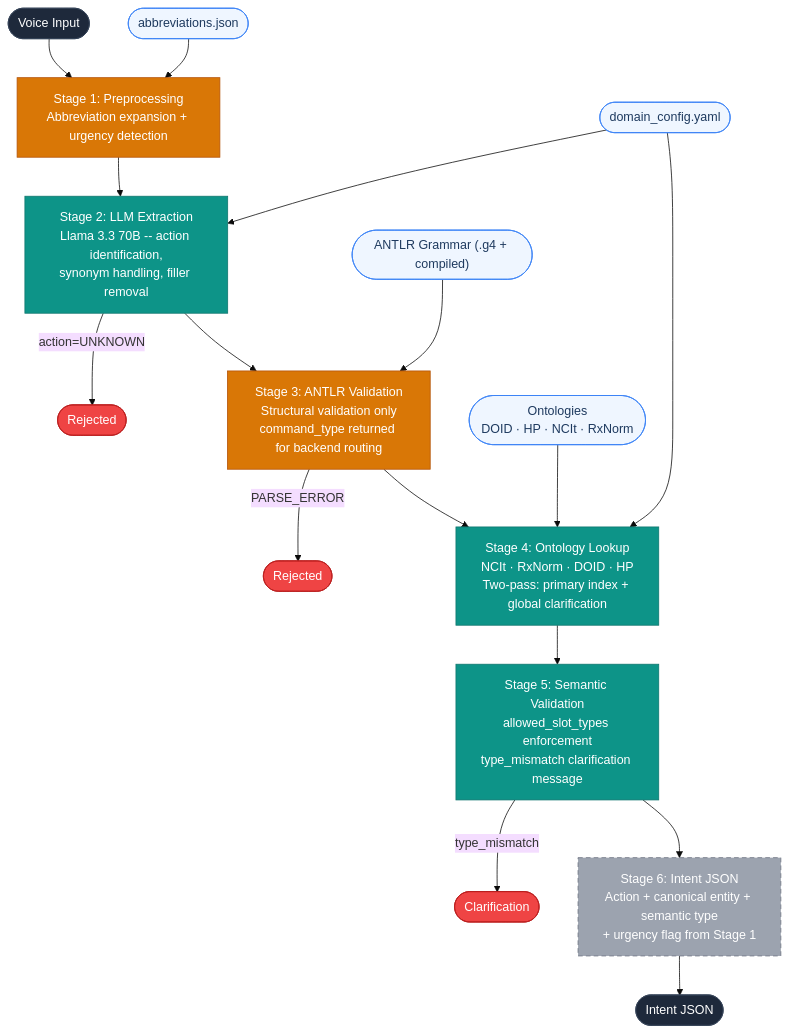
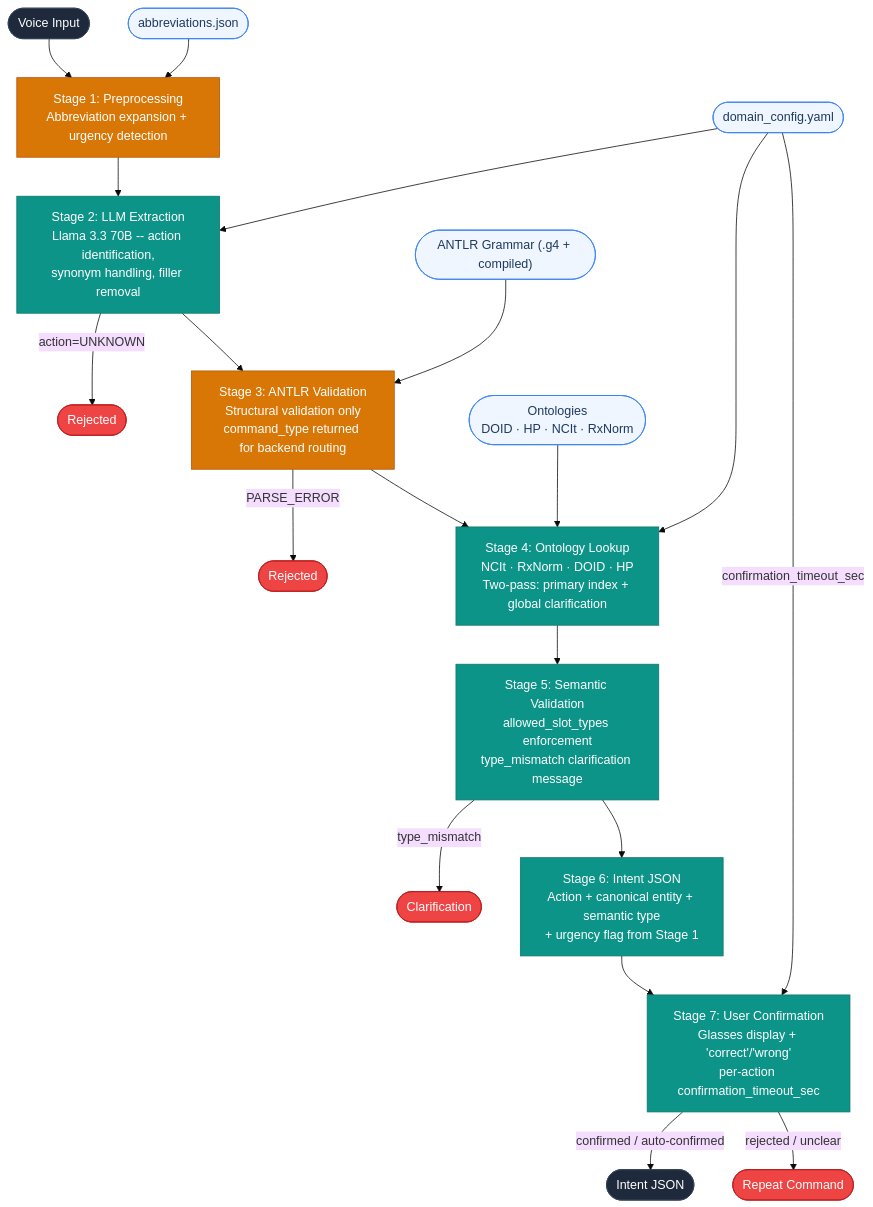
Before and after one commit to anushkajoshi909/medical-voice-intent-pipeline: the second of 2 diagrams in docs/pipeline_evolution.md, drawn with Mermaid (base theme). The commit also changed other lines of this file and 9 other files, not shown here.

Commit message:
Implement Stage 6 (intent JSON) and Stage 7 (user confirmation); add findings.md; fix DrugResult JSON serialization bug; remove eval-set contamination from few-shot examples

````diff
--- a/docs/pipeline_evolution.md
+++ b/docs/pipeline_evolution.md
@@ -34,34 +34,38 @@
 ```mermaid
 graph TD
     IN([Voice Input]):::src --> S1
 
     S1["Stage 1: Preprocessing\nAbbreviation expansion + urgency detection"]:::updated
     S2["Stage 2: LLM Extraction\nLlama 3.3 70B -- action identification,\nsynonym handling, filler removal"]:::new_stage
     S3["Stage 3: ANTLR Validation\nStructural validation only\ncommand_type returned for backend routing"]:::updated
     S4["Stage 4: Ontology Lookup\nNCIt · RxNorm · DOID · HP\nTwo-pass: primary index + global clarification"]:::new_stage
     S5["Stage 5: Semantic Validation\nallowed_slot_types enforcement\ntype_mismatch clarification message"]:::new_stage
-    S6["Stage 6: Intent JSON\nAction + canonical entity + semantic type\n+ urgency flag from Stage 1"]:::pending
+    S6["Stage 6: Intent JSON\nAction + canonical entity + semantic type\n+ urgency flag from Stage 1"]:::new_stage
+    S7["Stage 7: User Confirmation\nGlasses display + 'correct'/'wrong'\nper-action confirmation_timeout_sec"]:::new_stage
 
     S1 --> S2
     S2 -->|action=UNKNOWN| R1([Rejected]):::rej
     S2 --> S3
     S3 -->|PARSE_ERROR| R2([Rejected]):::rej
     S3 --> S4
     S4 --> S5
     S5 -->|type_mismatch| CL([Clarification]):::rej
     S5 --> S6
-    S6 --> OUT([Intent JSON]):::src
+    S6 --> S7
+    S7 -->|confirmed / auto-confirmed| OUT([Intent JSON]):::src
+    S7 -->|rejected / unclear| RPT([Repeat Command]):::rej
 
     ABB([abbreviations.json]):::cfg --> S1
     DC([domain_config.yaml]):::cfg --> S2
     DC --> S4
+    DC -->|confirmation_timeout_sec| S7
     GR(["ANTLR Grammar (.g4 + compiled)"]):::cfg --> S3
     ONT([Ontologies\nDOID · HP · NCIt · RxNorm]):::cfg --> S4
 
     classDef updated  fill:#d97706,color:#fff,stroke:#b45309
     classDef new_stage fill:#0d9488,color:#fff,stroke:#0f766e
     classDef pending  fill:#9ca3af,color:#fff,stroke:#6b7280,stroke-dasharray:6 4
     classDef src      fill:#1e293b,color:#fff,stroke:#334155
     classDef cfg      fill:#eff6ff,color:#1e3a5f,stroke:#3b82f6
     classDef rej      fill:#ef4444,color:#fff,stroke:#b91c1c
 ```
````
